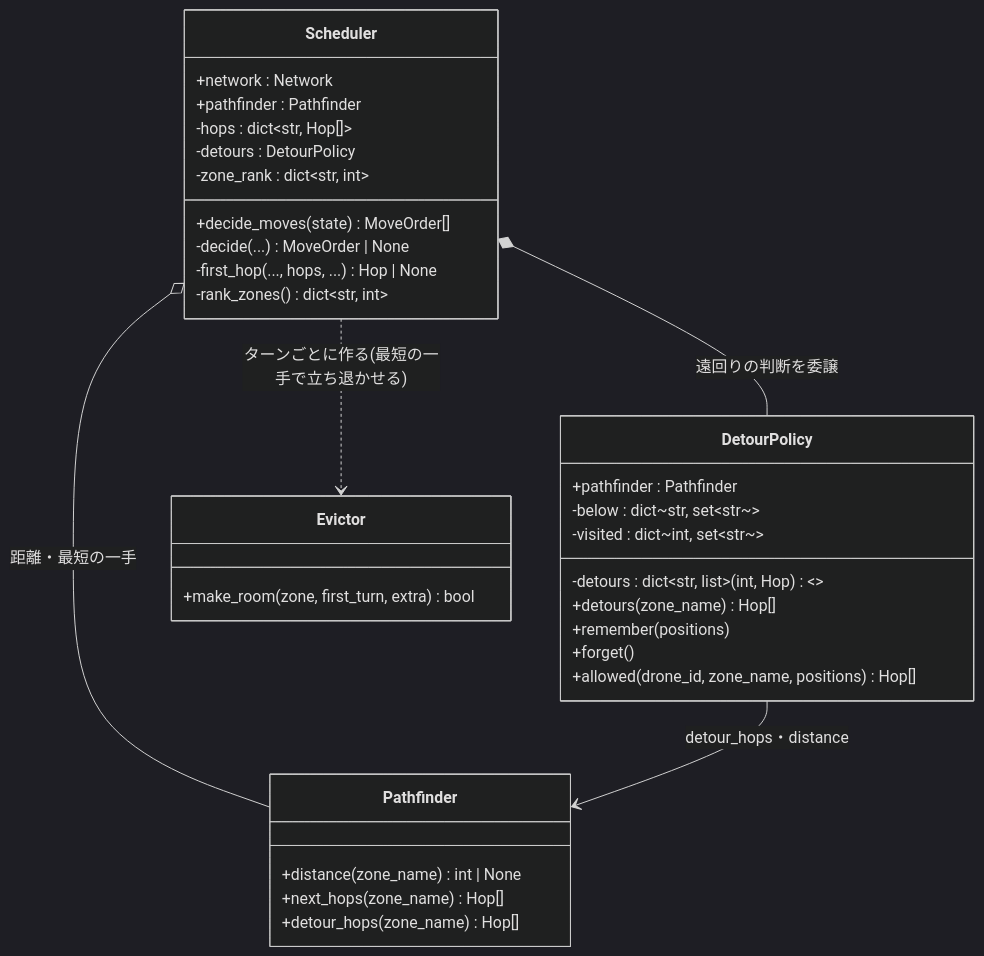
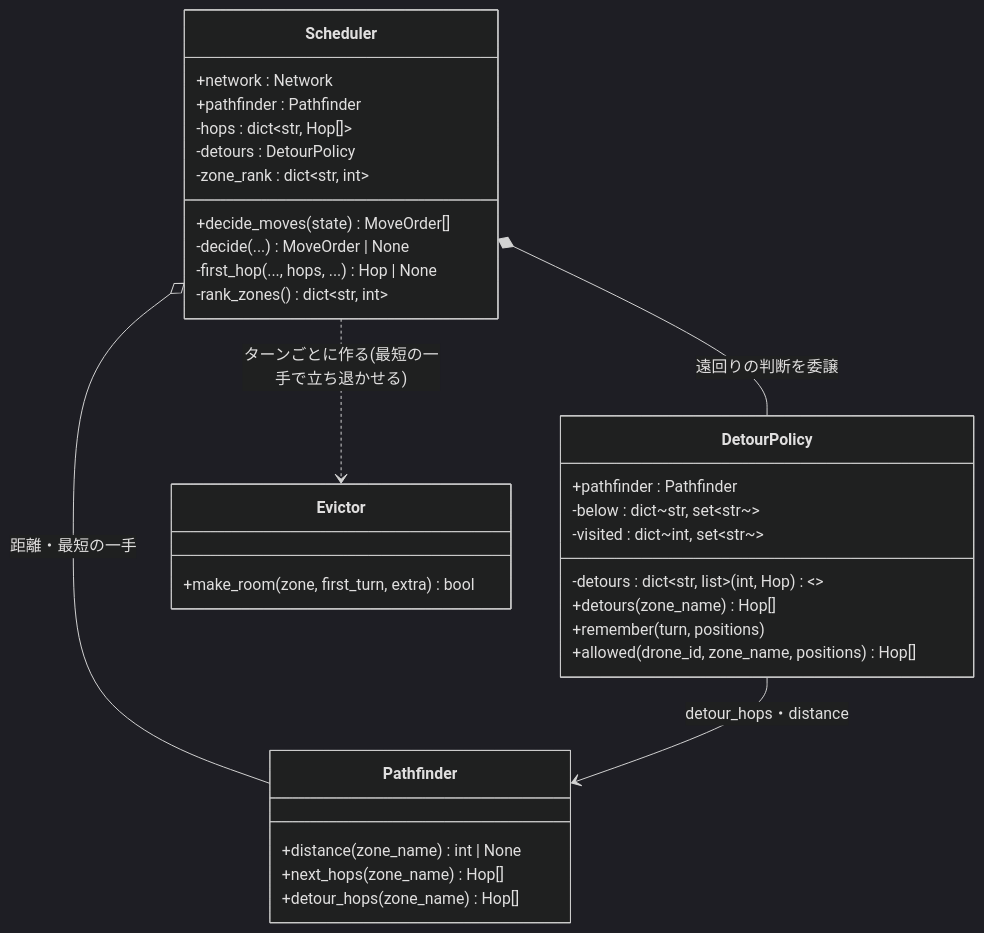
One commit to saikawakiruya-droid/fly_in changed the first of 3 diagrams in docs/research/2026-10-20_workflow-detour-hops.md. Above: the diagram before and after it, drawn with Mermaid (dark theme). The commit also changed other lines of this file and 3 other files, not shown here.

````diff
--- a/docs/research/2026-10-20_workflow-detour-hops.md
+++ b/docs/research/2026-10-20_workflow-detour-hops.md
@@ -22,37 +22,36 @@
 ```mermaid
 classDiagram
     class Pathfinder {
         +distance(zone_name) int | None
         +next_hops(zone_name) Hop[]
         +detour_hops(zone_name) Hop[]
     }
     class DetourPolicy {
         +pathfinder : Pathfinder
         -detours : dict~str, list~(int, Hop)~~
         -below : dict~str, set~str~~
         -visited : dict~int, set~str~~
         +detours(zone_name) Hop[]
-        +remember(positions)
-        +forget()
+        +remember(turn, positions)
         +allowed(drone_id, zone_name, positions) Hop[]
     }
     class Scheduler {
         +network : Network
         +pathfinder : Pathfinder
         -hops : dict~str, Hop[]~
         -detours : DetourPolicy
         -zone_rank : dict~str, int~
         +decide_moves(state) MoveOrder[]
         -decide(...) MoveOrder | None
         -first_hop(..., hops, ...) Hop | None
         -rank_zones() dict~str, int~
     }
     class Evictor {
         +make_room(zone, first_turn, extra) bool
     }
 
     Scheduler o-- Pathfinder : 距離・最短の一手
     Scheduler *-- DetourPolicy : 遠回りの判断を委譲
     DetourPolicy --> Pathfinder : detour_hops・distance
     Scheduler ..> Evictor : ターンごとに作る(最短の一手で立ち退かせる)
 ```
````
